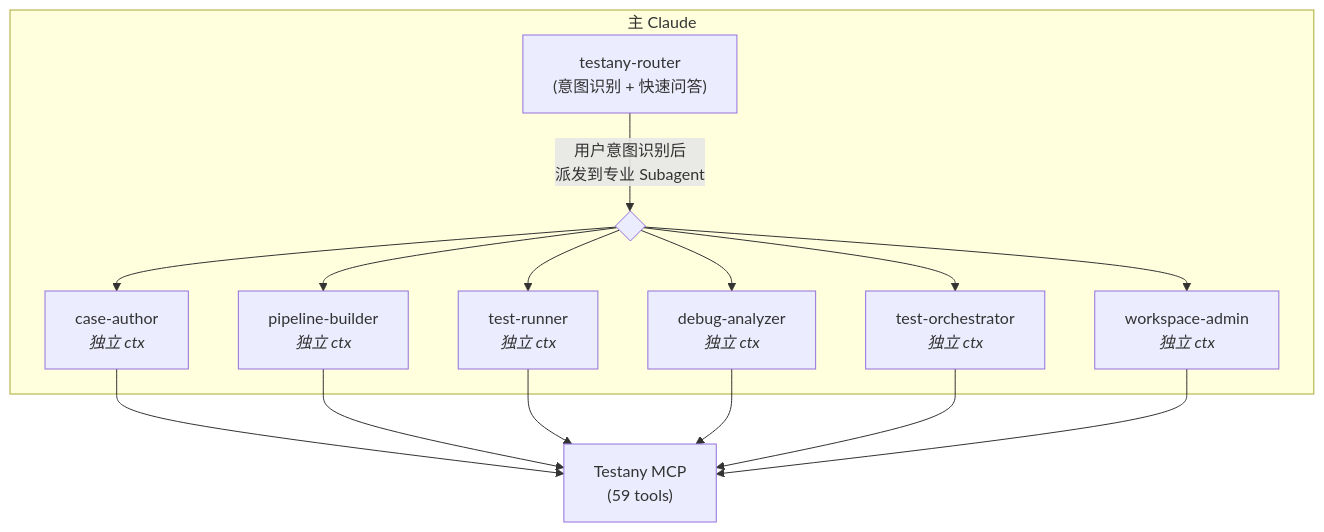
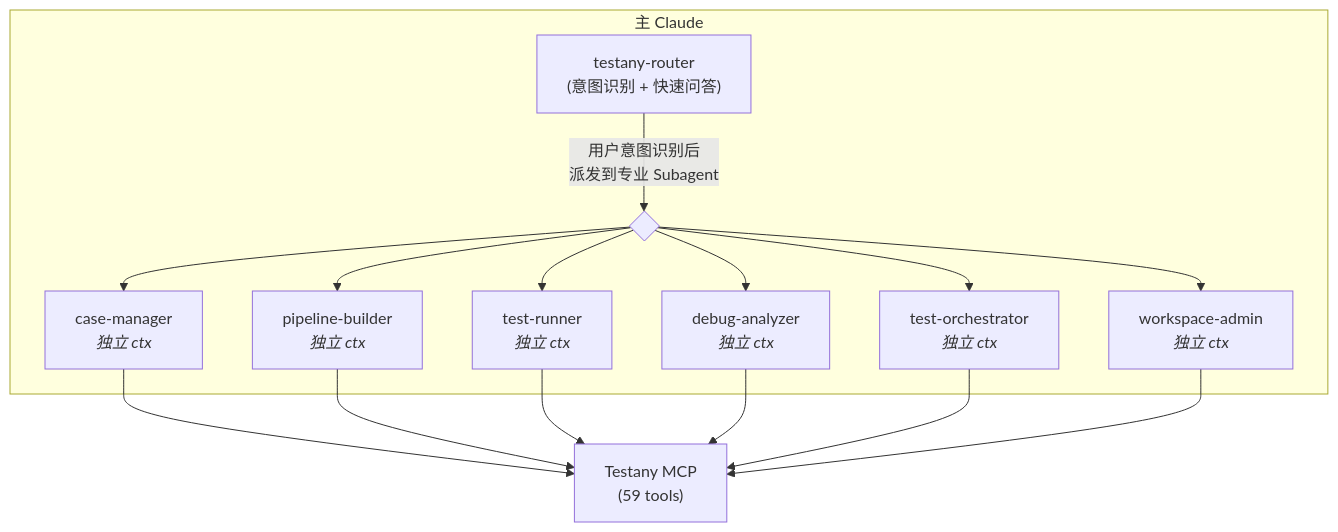
The diagram in plugins/testany-bot-for-claude/README.md (TestAny-io/testany-agent-skills), drawn with Mermaid before and after one commit. The commit also changed other lines of this file and 16 other files, not shown here.

First line of the commit message:
refactor(testany-bot): split case-author into case-manager + case-writing

````diff
--- a/plugins/testany-bot-for-claude/README.md
+++ b/plugins/testany-bot-for-claude/README.md
@@ -61,22 +65,22 @@
 ```mermaid
 flowchart TB
     subgraph MainClaude["主 Claude"]
         Router["testany-router<br/>(意图识别 + 快速问答)"]
         Router --> |用户意图识别后<br/>派发到专业 Subagent| Dispatch{" "}
-        Dispatch --> CaseAuthor["case-author<br/><i>独立 ctx</i>"]
+        Dispatch --> CaseManager["case-manager<br/><i>独立 ctx</i>"]
         Dispatch --> PipelineBuilder["pipeline-builder<br/><i>独立 ctx</i>"]
         Dispatch --> TestRunner["test-runner<br/><i>独立 ctx</i>"]
         Dispatch --> DebugAnalyzer["debug-analyzer<br/><i>独立 ctx</i>"]
         Dispatch --> TestOrchestrator["test-orchestrator<br/><i>独立 ctx</i>"]
         Dispatch --> WorkspaceAdmin["workspace-admin<br/><i>独立 ctx</i>"]
     end
 
-    CaseAuthor --> MCP
+    CaseManager --> MCP
     PipelineBuilder --> MCP
     TestRunner --> MCP
     DebugAnalyzer --> MCP
     TestOrchestrator --> MCP
     WorkspaceAdmin --> MCP
 
     MCP["Testany MCP<br/>(59 tools)"]
 ```
````
